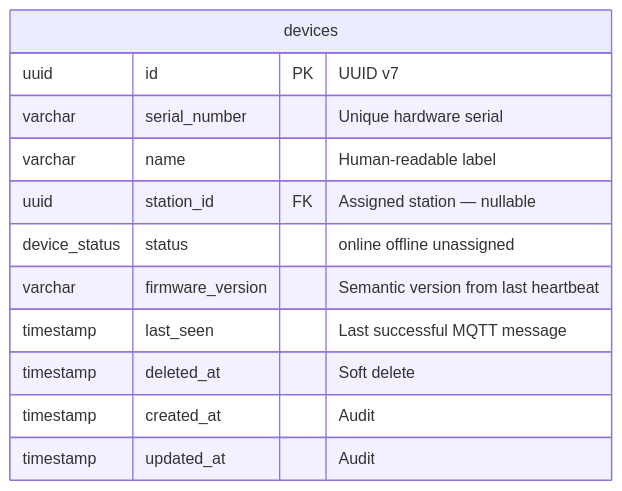
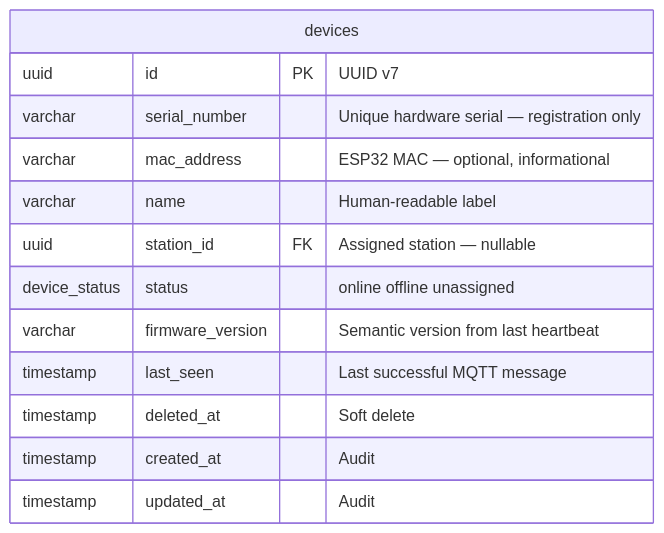
One commit to evelinrkalil13/wildTrack changed the fifth of 11 diagrams in docs/sdd/03-data-model.md. Above: the diagram before and after it, drawn with Mermaid. The commit also changed other lines of this file and 11 other files, not shown here.

````diff
--- a/docs/sdd/03-data-model.md
+++ b/docs/sdd/03-data-model.md
@@ -383,15 +383,16 @@
 ```mermaid
 erDiagram
     devices {
         uuid id PK "UUID v7"
-        varchar serial_number "Unique hardware serial"
+        varchar serial_number "Unique hardware serial — registration only"
+        varchar mac_address "ESP32 MAC — optional, informational"
         varchar name "Human-readable label"
         uuid station_id FK "Assigned station — nullable"
         device_status status "online offline unassigned"
         varchar firmware_version "Semantic version from last heartbeat"
         timestamp last_seen "Last successful MQTT message"
         timestamp deleted_at "Soft delete"
         timestamp created_at "Audit"
         timestamp updated_at "Audit"
     }
 ```
````
